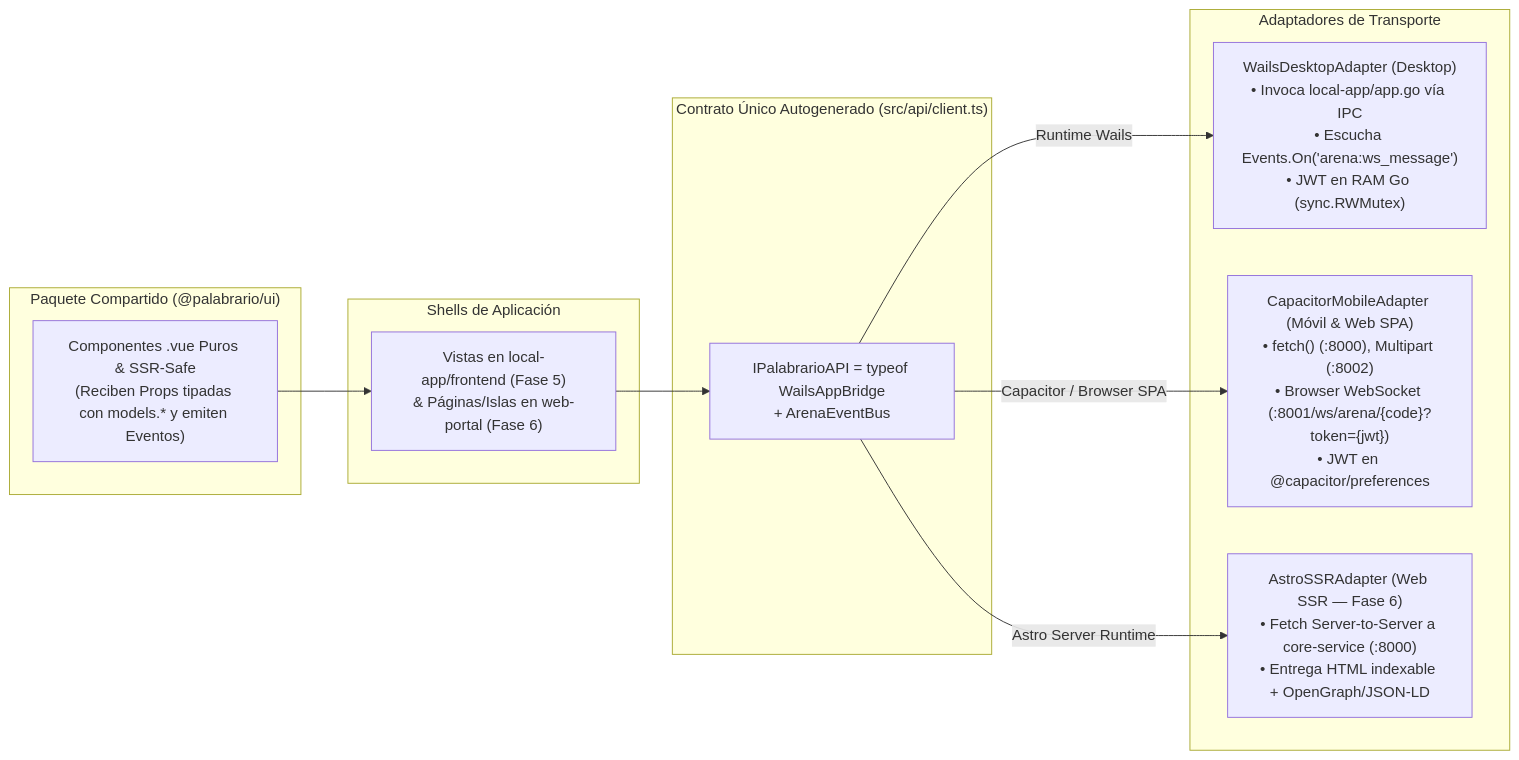
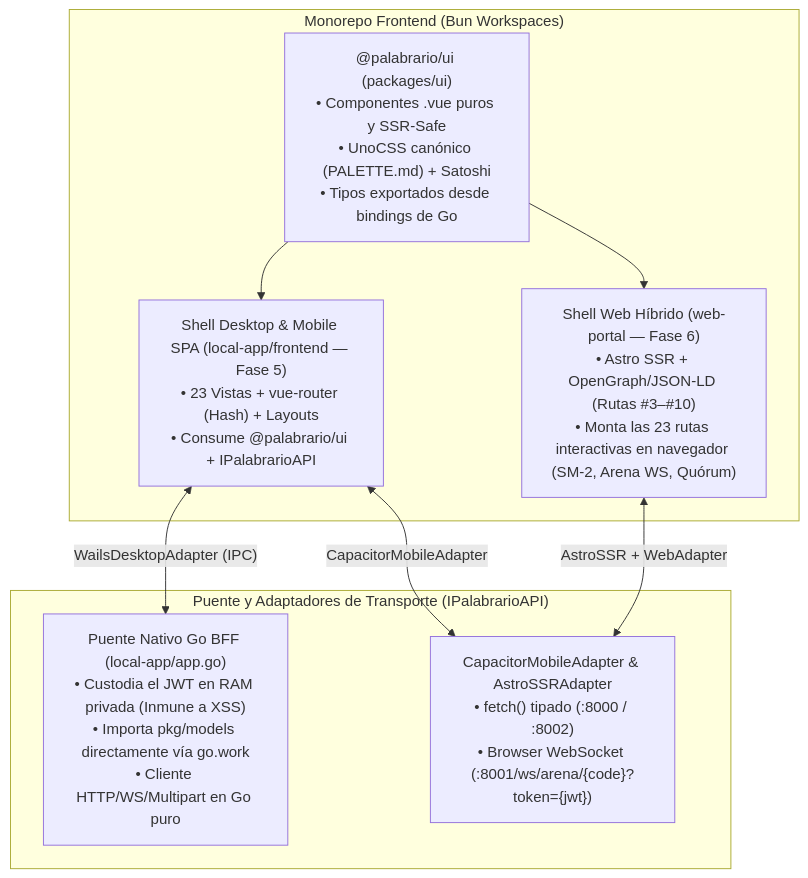
The diagram in .context/UI_SPECIFICATION.md (OGShawnLee/palabrario), drawn with Mermaid before and after one commit. The commit also changed other lines of this file and 36 other files, not shown here.

````diff
--- a/.context/UI_SPECIFICATION.md
+++ b/.context/UI_SPECIFICATION.md
@@ -94,26 +48,18 @@
 ```mermaid
-flowchart LR
-    subgraph SharedPkg["Paquete Compartido (@palabrario/ui)"]
-        UIComps["Componentes .vue Puros & SSR-Safe\n(Reciben Props tipadas con models.* y emiten Eventos)"]
+flowchart TD
+    subgraph UIWorkspace["Monorepo Frontend (Bun Workspaces)"]
+        SharedUI["@palabrario/ui (packages/ui)\n• Componentes .vue puros y SSR-Safe\n• UnoCSS canónico (PALETTE.md) + Satoshi\n• Tipos exportados desde bindings de Go"]
+        VueUI["Shell Desktop & Mobile SPA (local-app/frontend — Fase 5)\n• 23 Vistas + vue-router (Hash) + Layouts\n• Consume @palabrario/ui + IPalabrarioAPI"]
+        AstroWeb["Shell Web Híbrido (web-portal — Fase 6)\n• Astro SSR + OpenGraph/JSON-LD (Rutas #3–#10)\n• Monta las 23 rutas interactivas en navegador (SM-2, Arena WS, Quórum)"]
+        SharedUI --> VueUI
+        SharedUI --> AstroWeb
     end
 
-    subgraph Shells["Shells de Aplicación"]
-        Views["Vistas en local-app/frontend (Fase 5)\n& Páginas/Islas en web-portal (Fase 6)"]
+    subgraph Desktop["Puente y Adaptadores de Transporte (IPalabrarioAPI)"]
+        WailsGo["Puente Nativo Go BFF (local-app/app.go)\n• Custodia el JWT en RAM privada (Inmune a XSS)\n• Importa pkg/models directamente vía go.work\n• Cliente HTTP/WS/Multipart en Go puro"]
+        WebAdp["CapacitorMobileAdapter & AstroSSRAdapter\n• fetch() tipado (:8000 / :8002)\n• Browser WebSocket (:8001/ws/arena/{code}?token={jwt})"]
+        VueUI <-->|"WailsDesktopAdapter (IPC)"| WailsGo
+        VueUI <-->|"CapacitorMobileAdapter"| WebAdp
+        AstroWeb <-->|"AstroSSR + WebAdapter"| WebAdp
     end
-
-    subgraph ContractLayer["Contrato Único Autogenerado (src/api/client.ts)"]
-        API["IPalabrarioAPI = typeof WailsAppBridge\n+ ArenaEventBus"]
-    end
-
-    subgraph Adapters["Adaptadores de Transporte"]
-        WailsAdp["WailsDesktopAdapter (Desktop)\n• Invoca local-app/app.go vía IPC\n• Escucha Events.On('arena:ws_message')\n• JWT en RAM Go (sync.RWMutex)"]
-        CapAdp["CapacitorMobileAdapter (Móvil & Web SPA)\n• fetch() (:8000), Multipart (:8002)\n• Browser WebSocket (:8001/ws/arena/{code}?token={jwt})\n• JWT en @capacitor/preferences"]
-        AstroAdp["AstroSSRAdapter (Web SSR — Fase 6)\n• Fetch Server-to-Server a core-service (:8000)\n• Entrega HTML indexable + OpenGraph/JSON-LD"]
-    end
-
-    UIComps --> Views
-    Views --> API
-    API -->|"Runtime Wails"| WailsAdp
-    API -->|"Capacitor / Browser SPA"| CapAdp
-    API -->|"Astro Server Runtime"| AstroAdp
 ```
````
